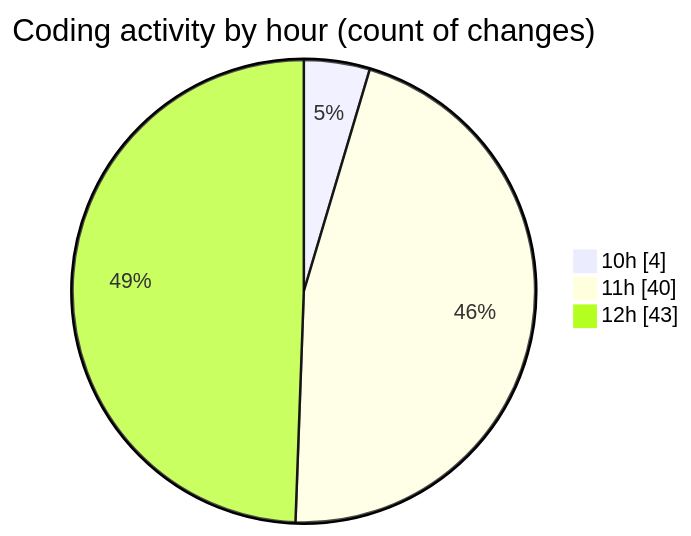
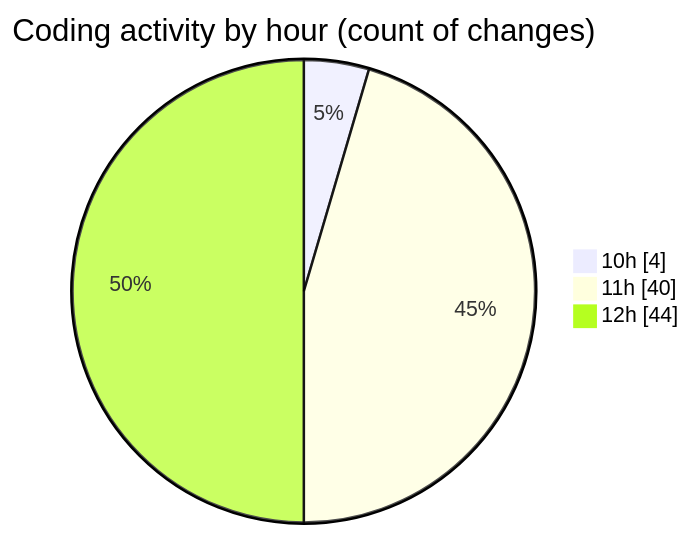
One commit to nxtqubesakshisongat/code-tracking changed the second of 2 diagrams in 2025-07-28/nxtqube_webapp/README.md. Above: the diagram before and after it, drawn with Mermaid. The commit also changed other lines of this file and 1 other file, not shown here.

````diff
--- a/2025-07-28/nxtqube_webapp/README.md
+++ b/2025-07-28/nxtqube_webapp/README.md
@@ -54,7 +54,7 @@
 ```mermaid
 pie showData
 title Coding activity by hour (count of changes)
 "10h" : 4
 "11h" : 40
-"12h" : 43
+"12h" : 44
 ```
````
